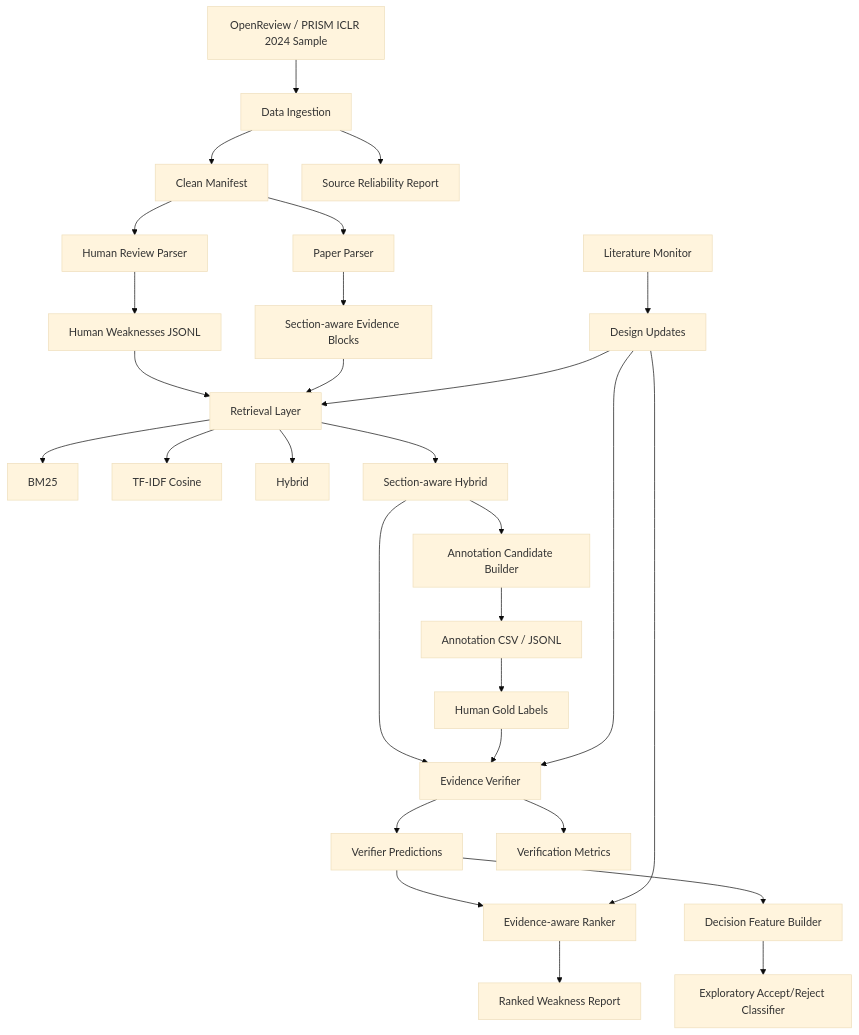
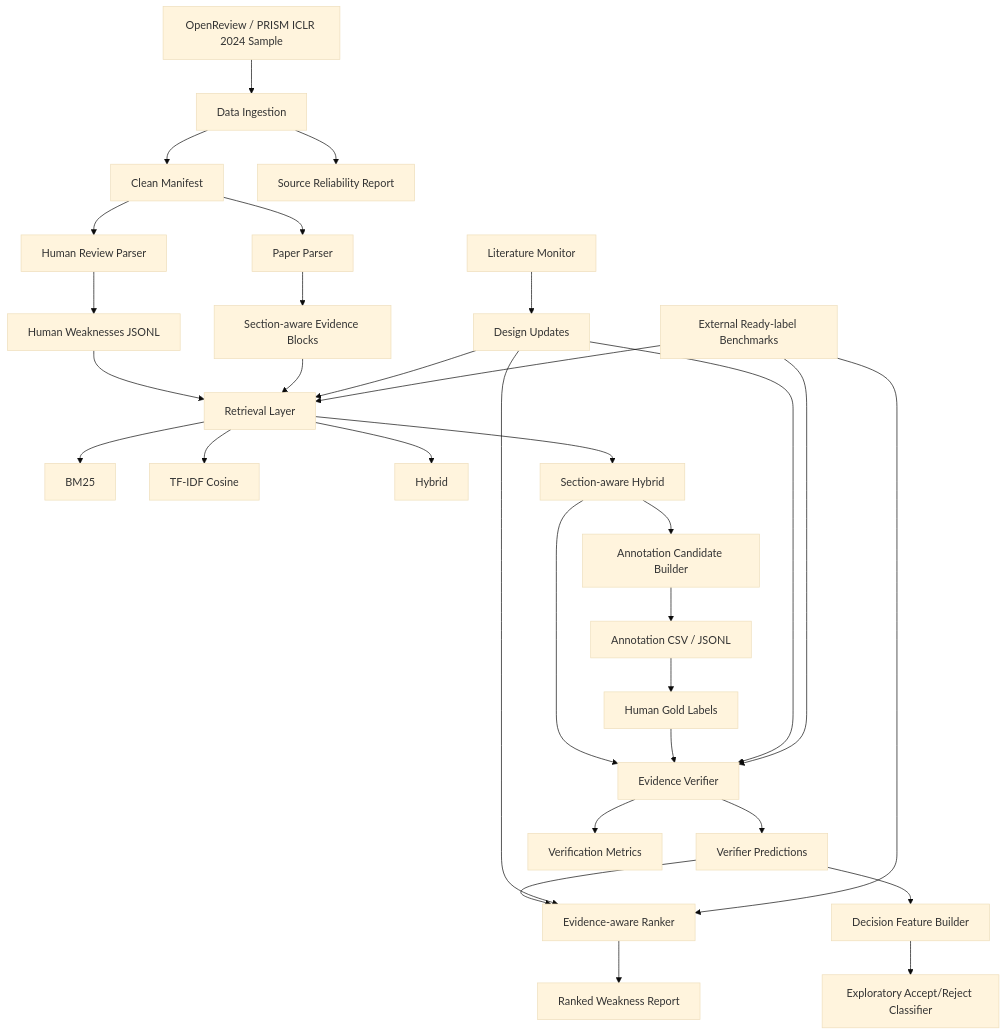
Before and after one commit to lovits/Mult-Agents-Literature-System: the diagram in docs/design/evireview_lite_technical_design.md, drawn with Mermaid (base theme). The commit also changed other lines of this file and 19 other files, not shown here.

````diff
--- a/docs/design/evireview_lite_technical_design.md
+++ b/docs/design/evireview_lite_technical_design.md
@@ -33,39 +33,43 @@
 ```mermaid
 flowchart TD
     A["OpenReview / PRISM ICLR 2024 Sample"] --> B["Data Ingestion"]
     B --> B1["Clean Manifest"]
     B --> B2["Source Reliability Report"]
 
     B1 --> C["Human Review Parser"]
     C --> C1["Human Weaknesses JSONL"]
 
     B1 --> D["Paper Parser"]
     D --> D1["Section-aware Evidence Blocks"]
 
     C1 --> E["Retrieval Layer"]
     D1 --> E
     E --> E1["BM25"]
     E --> E2["TF-IDF Cosine"]
     E --> E3["Hybrid"]
     E --> E4["Section-aware Hybrid"]
 
     E4 --> F["Annotation Candidate Builder"]
     F --> F1["Annotation CSV / JSONL"]
     F1 --> G["Human Gold Labels"]
 
     E4 --> H["Evidence Verifier"]
     G --> H
     H --> H1["Verifier Predictions"]
     H --> H2["Verification Metrics"]
 
     H1 --> I["Evidence-aware Ranker"]
     I --> I1["Ranked Weakness Report"]
 
     H1 --> J["Decision Feature Builder"]
     J --> J1["Exploratory Accept/Reject Classifier"]
 
     K["Literature Monitor"] --> L["Design Updates"]
     L --> E
     L --> H
     L --> I
+
+    M["External Ready-label Benchmarks"] --> H
+    M --> I
+    M --> E
 ```
````
